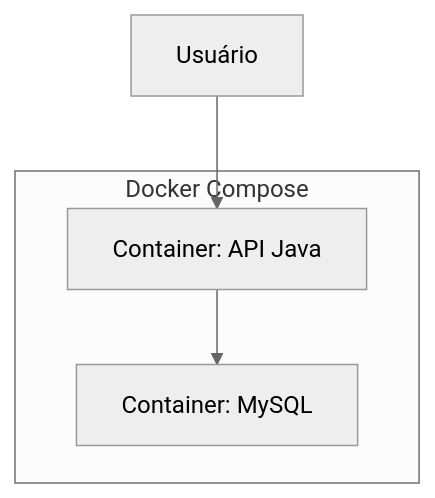
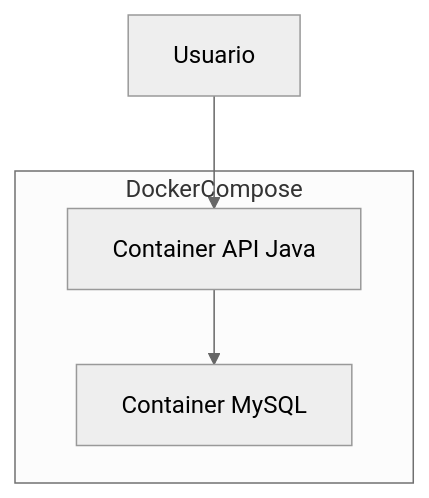
Before and after one commit to pedroonovais/findmypet-api-java: the second of 2 diagrams in README.md, drawn with Mermaid (neutral theme). The commit also changed other lines of this file, not shown here.

````diff
--- a/README.md
+++ b/README.md
@@ -37,9 +37,9 @@
 ```mermaid
 graph TD
-    A[Usuário] --> B[Container: API Java]
-    B --> D[Container: MySQL]
-    subgraph Docker Compose
+    A[Usuario] --> B[Container API Java]
+    B --> D[Container MySQL]
+    subgraph DockerCompose
         B
         D
     end
 ```
````
